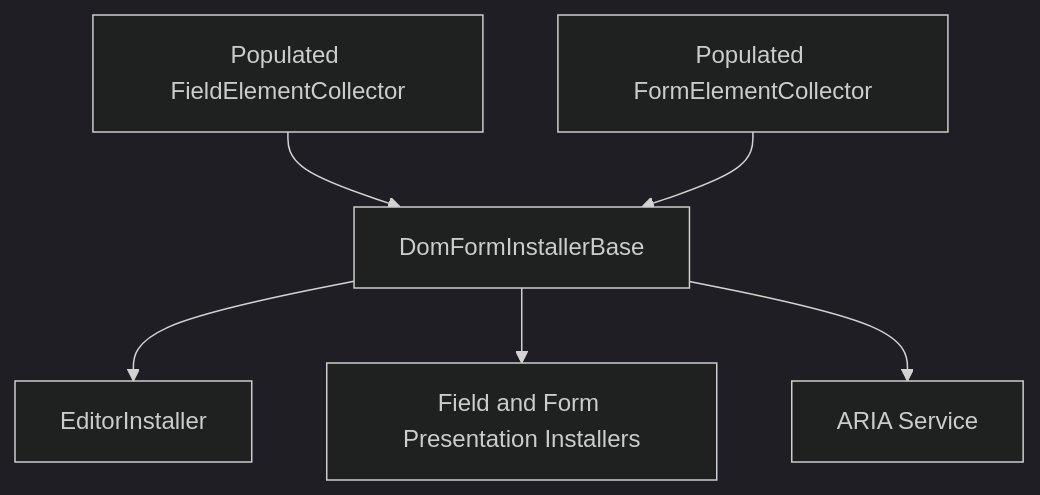
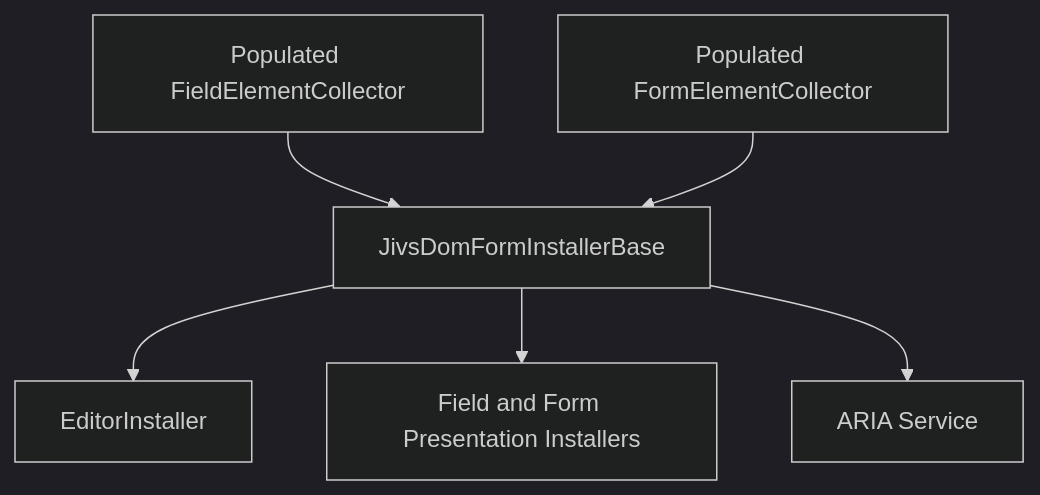
Before and after one commit to plblum/jivs: the ninth of 13 diagrams in planning/Jivs-DOM_Implementation_Design.md, drawn with Mermaid (dark theme). The commit also changed other lines of this file and 31 other files, not shown here.

Commit message:
Rename a few things in jivs-dom

````diff
--- a/planning/Jivs-DOM_Implementation_Design.md
+++ b/planning/Jivs-DOM_Implementation_Design.md
@@ -4033,15 +4032,15 @@
 ```mermaid
 flowchart TB
     FIELD["Populated FieldElementCollector"]
     FORM["Populated FormElementCollector"]
-    BASE["DomFormInstallerBase"]
+    BASE["JivsDomFormInstallerBase"]
     EDITOR["EditorInstaller"]
     PRESENTATION["Field and Form Presentation Installers"]
     ARIA["ARIA Service"]
 
     FIELD --> BASE
     FORM --> BASE
     BASE --> EDITOR
     BASE --> PRESENTATION
     BASE --> ARIA
 ```
````
